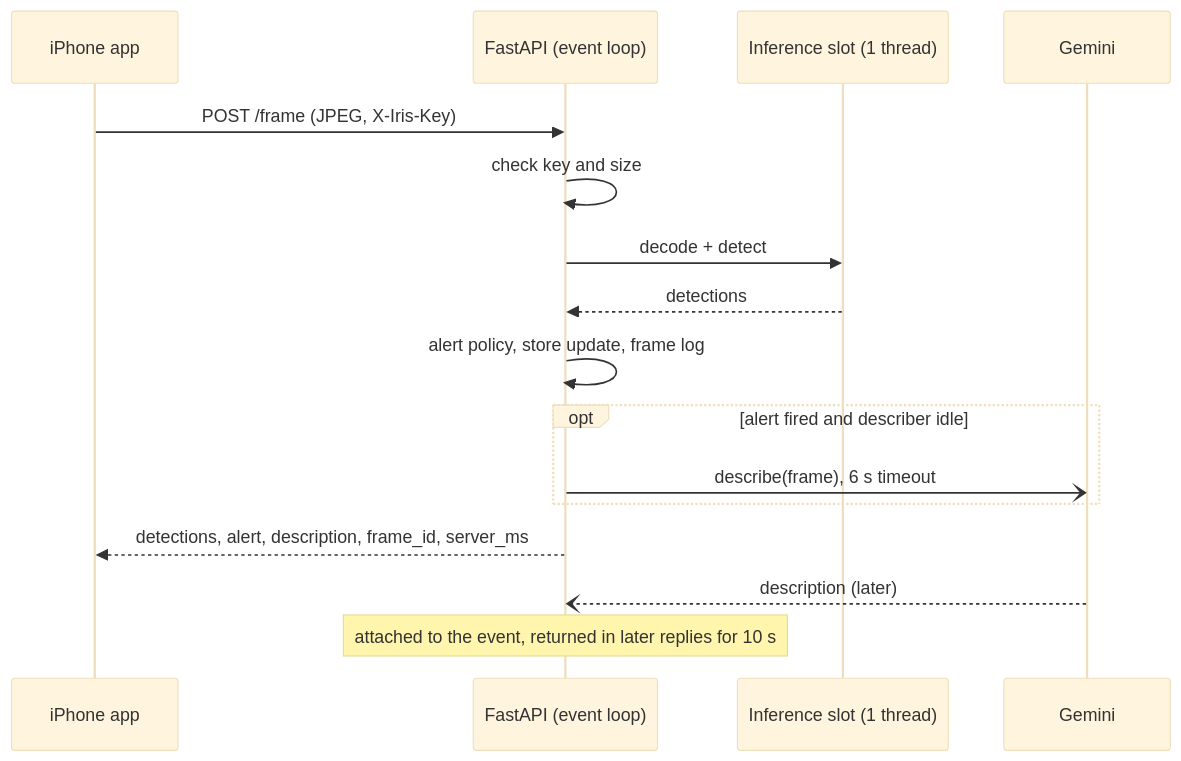
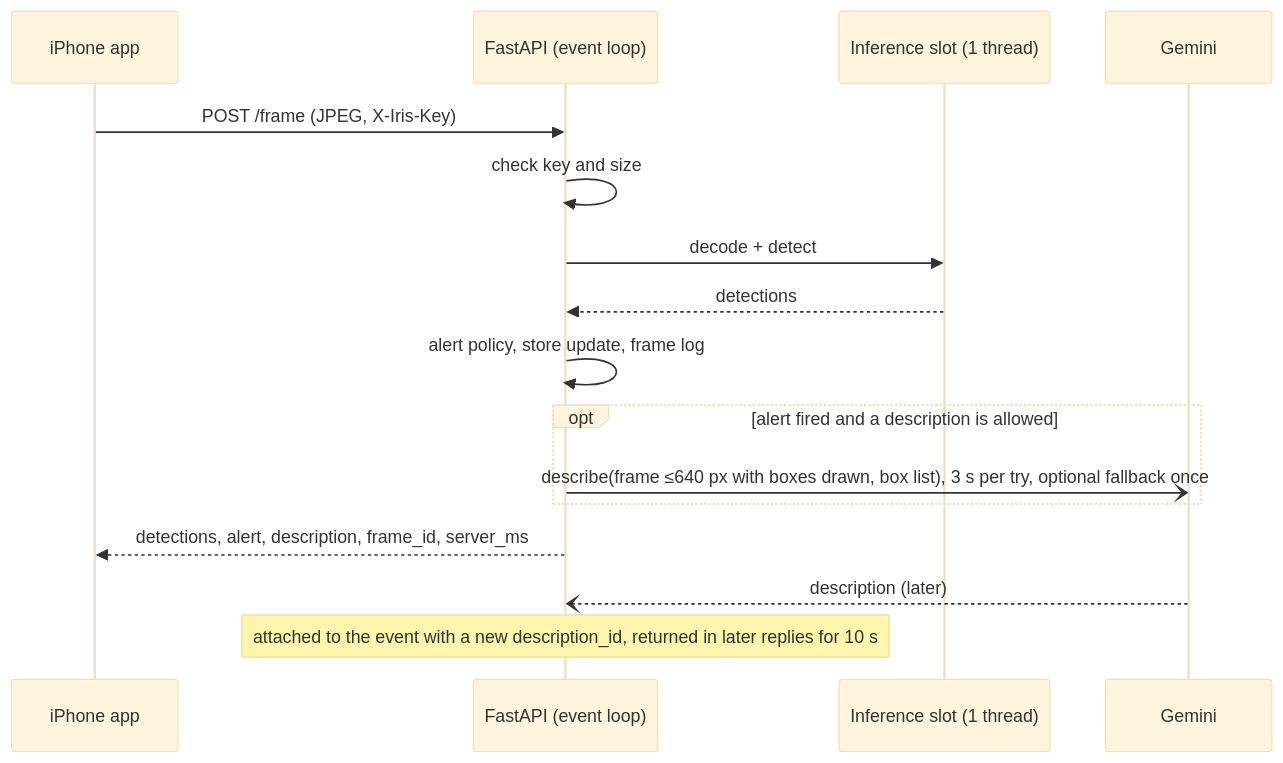
One commit to AshwinRG1/iris changed the second of 2 diagrams in docs/server-design.md. Above: the diagram before and after it, drawn with Mermaid (base theme). The commit also changed other lines of this file, not shown here.

````diff
--- a/docs/server-design.md
+++ b/docs/server-design.md
@@ -220,18 +227,18 @@
 ```mermaid
 sequenceDiagram
   participant App as iPhone app
   participant API as FastAPI (event loop)
   participant W as Inference slot (1 thread)
   participant Gem as Gemini
   App->>API: POST /frame (JPEG, X-Iris-Key)
   API->>API: check key and size
   API->>W: decode + detect
   W-->>API: detections
   API->>API: alert policy, store update, frame log
-  opt alert fired and describer idle
-    API-)Gem: describe(frame), 6 s timeout
+  opt alert fired and a description is allowed
+    API-)Gem: describe(frame ≤640 px with boxes drawn, box list), 3 s per try, optional fallback once
   end
   API-->>App: detections, alert, description, frame_id, server_ms
   Gem--)API: description (later)
-  Note over API: attached to the event, returned in later replies for 10 s
+  Note over API: attached to the event with a new description_id, returned in later replies for 10 s
 ```
````
